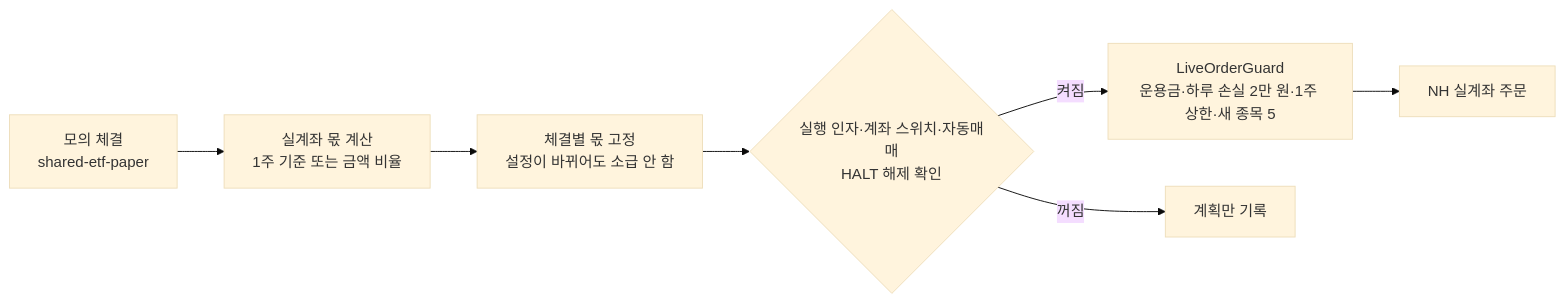
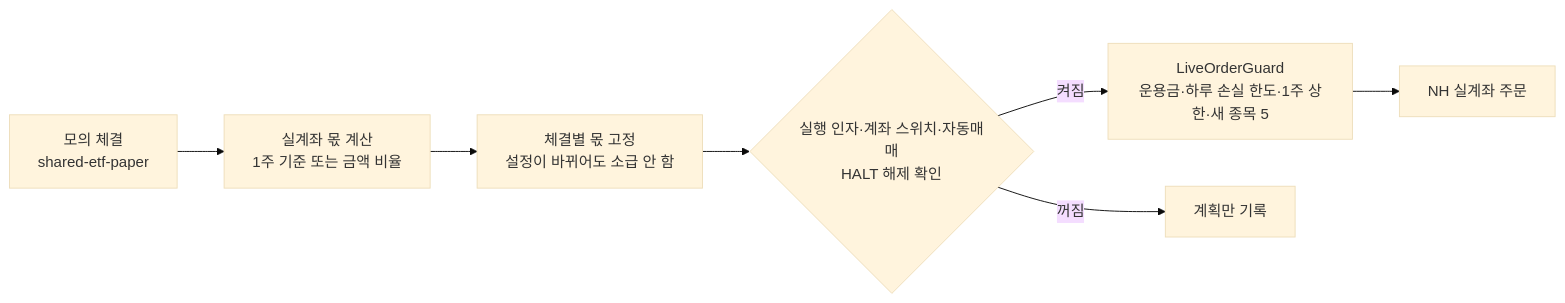
One commit to roadkwonai/omni-ai-trading changed diagram 14 of 17 in README.md. Above: the diagram before and after it, drawn with Mermaid (base theme). The commit also changed other lines of this file and 122 other files, not shown here.

````diff
--- a/README.md
+++ b/README.md
@@ -1013,9 +1013,9 @@
 ```mermaid
 flowchart LR
   f["모의 체결<br/>shared-etf-paper"] --> p["실계좌 몫 계산<br/>1주 기준 또는 금액 비율"]
   p --> pin["체결별 몫 고정<br/>설정이 바뀌어도 소급 안 함"]
   pin --> sw{"실행 인자·계좌 스위치·자동매매<br/>HALT 해제 확인"}
-  sw -->|켜짐| g["LiveOrderGuard<br/>운용금·하루 손실 2만 원·1주 상한·새 종목 5"]
+  sw -->|켜짐| g["LiveOrderGuard<br/>운용금·하루 손실 한도·1주 상한·새 종목 5"]
   sw -->|꺼짐| plan["계획만 기록"]
   g --> nh["NH 실계좌 주문"]
 ```
````
